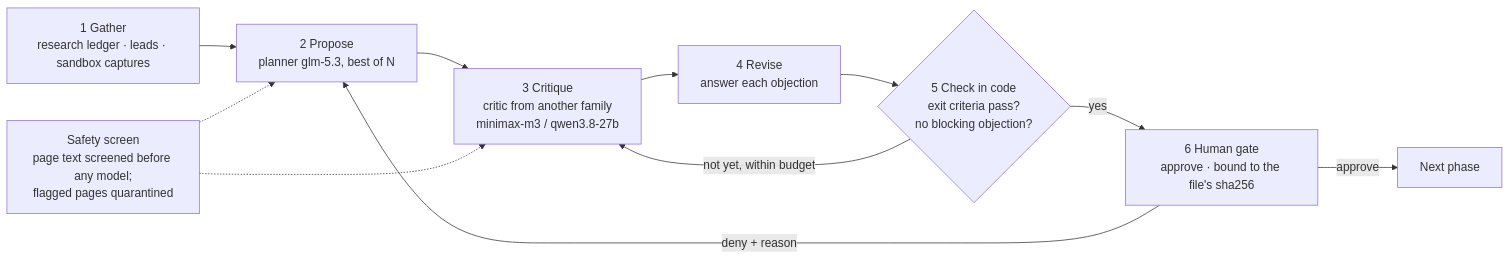
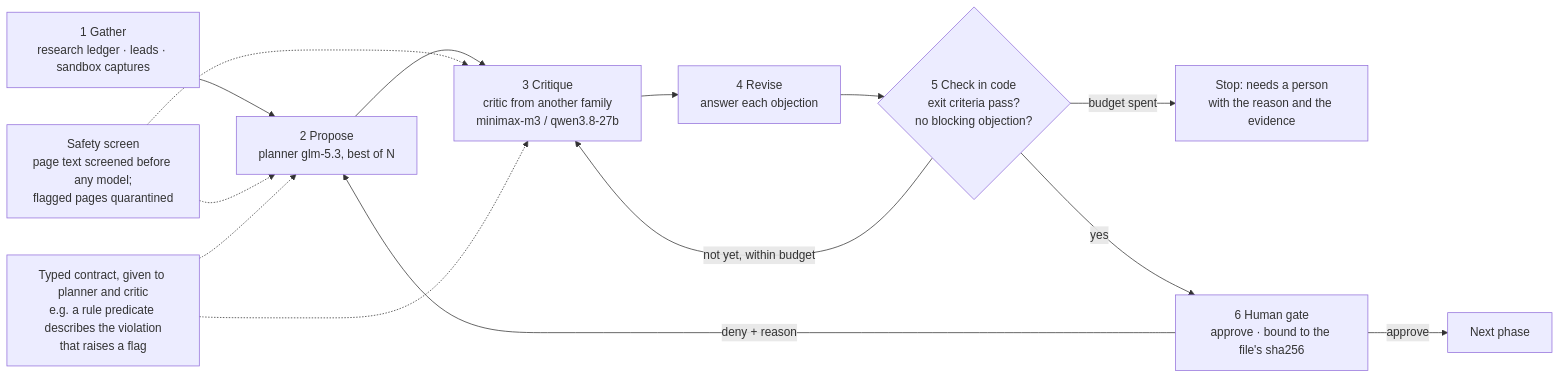
One commit to ricalanis/ontofill changed the second of 3 diagrams in README.md. Above: the diagram before and after it, drawn with Mermaid. The commit also changed other lines of this file, not shown here.

First line of the commit message:
README diagrams: what the live runs taught the engine

````diff
--- a/README.md
+++ b/README.md
@@ -100,13 +101,16 @@
 ```mermaid
 flowchart LR
   g["1 Gather<br/>research ledger · leads · sandbox captures"] --> p["2 Propose<br/>planner glm-5.3, best of N"]
   p --> c["3 Critique<br/>critic from another family<br/>minimax-m3 / qwen3.8-27b"]
   c --> r["4 Revise<br/>answer each objection"]
   r --> k{"5 Check in code<br/>exit criteria pass?<br/>no blocking objection?"}
   k -->|not yet, within budget| c
+  k -->|budget spent| nh["Stop: needs a person<br/>with the reason and the evidence"]
   k -->|yes| h["6 Human gate<br/>approve · bound to the file's sha256"]
   h -->|deny + reason| p
   h -->|approve| next["Next phase"]
   s["Safety screen<br/>page text screened before any model;<br/>flagged pages quarantined"] -.-> p
   s -.-> c
+  t["Typed contract, given to planner and critic<br/>e.g. a rule predicate describes the violation<br/>that raises a flag"] -.-> p
+  t -.-> c
 ```
````
